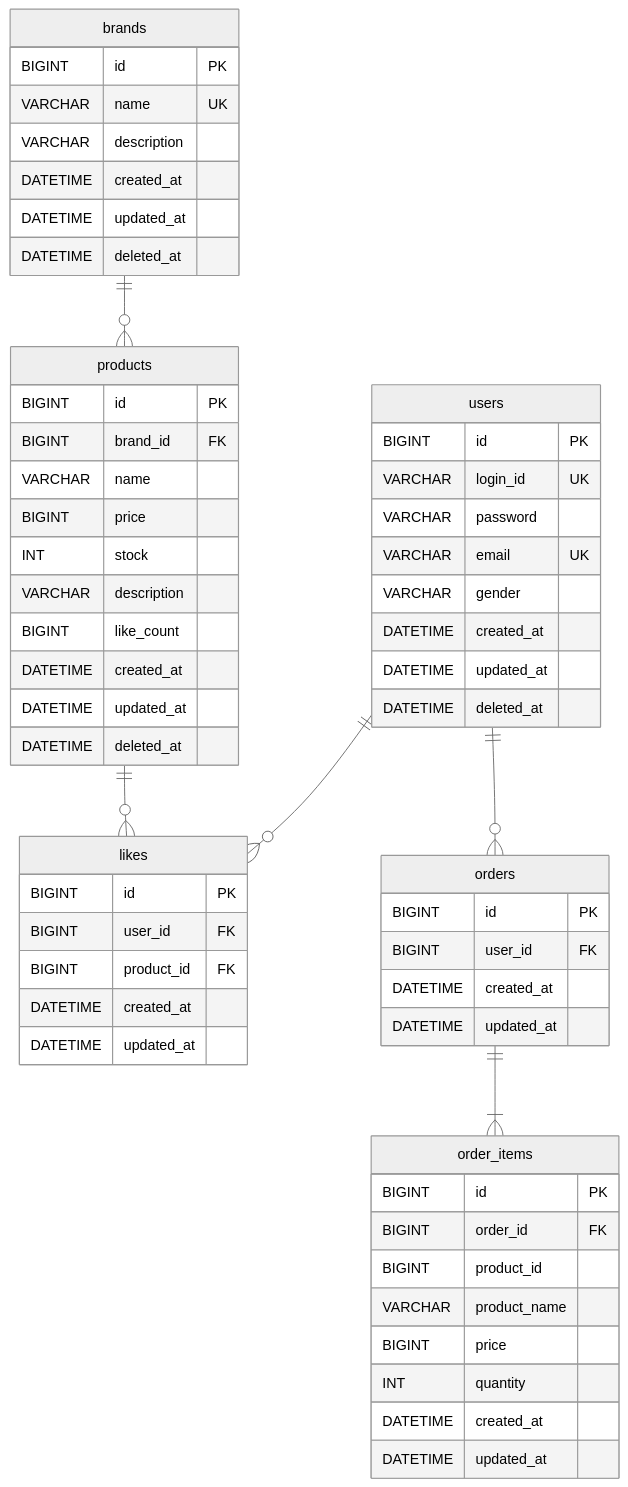
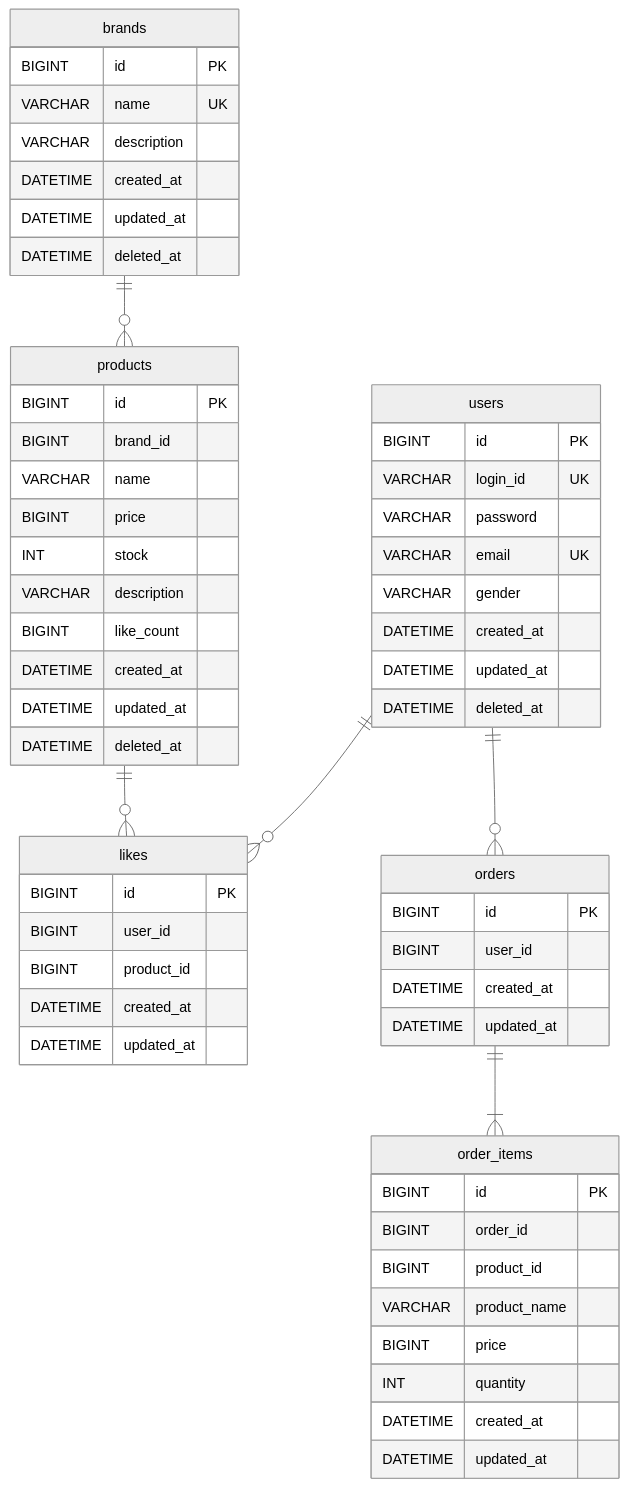
One commit to loopers-labs/loop-pack-be-l2-vol4-java changed the diagram in .docs/design/04-erd.md. Above: the diagram before and after it, drawn with Mermaid (neutral theme). The commit also changed other lines of this file, not shown here.

Commit message:
docs: ERD 내 FK 제거

````diff
--- a/.docs/design/04-erd.md
+++ b/.docs/design/04-erd.md
@@ -5,67 +5,67 @@
 ```mermaid
 erDiagram
     users {
         BIGINT id PK
         VARCHAR login_id UK
         VARCHAR password
         VARCHAR email UK
         VARCHAR gender
         DATETIME created_at
         DATETIME updated_at
         DATETIME deleted_at
     }
 
     brands {
         BIGINT id PK
         VARCHAR name UK
         VARCHAR description
         DATETIME created_at
         DATETIME updated_at
         DATETIME deleted_at
     }
 
     products {
         BIGINT id PK
-        BIGINT brand_id FK
+        BIGINT brand_id
         VARCHAR name
         BIGINT price
         INT stock
         VARCHAR description
         BIGINT like_count
         DATETIME created_at
         DATETIME updated_at
         DATETIME deleted_at
     }
 
     likes {
         BIGINT id PK
-        BIGINT user_id FK
-        BIGINT product_id FK
+        BIGINT user_id
+        BIGINT product_id
         DATETIME created_at
         DATETIME updated_at
     }
 
     orders {
         BIGINT id PK
-        BIGINT user_id FK
+        BIGINT user_id
         DATETIME created_at
         DATETIME updated_at
     }
 
     order_items {
         BIGINT id PK
-        BIGINT order_id FK
+        BIGINT order_id
         BIGINT product_id
         VARCHAR product_name
         BIGINT price
         INT quantity
         DATETIME created_at
         DATETIME updated_at
     }
 
     users ||--o{ likes : ""
     users ||--o{ orders : ""
     brands ||--o{ products : ""
     products ||--o{ likes : ""
     orders ||--|{ order_items : ""
 ```
````
